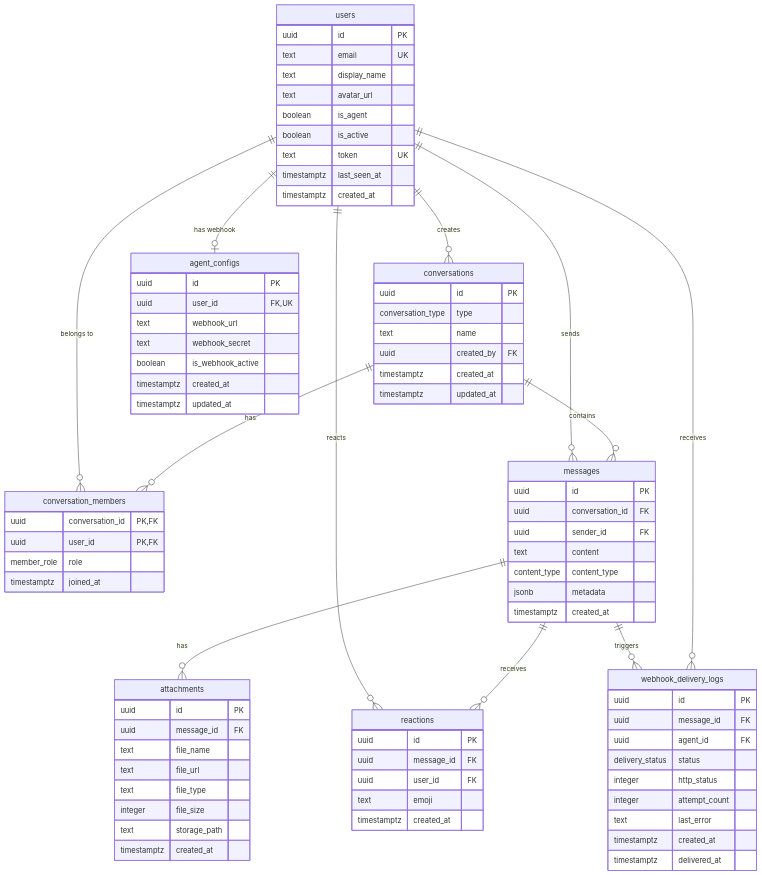
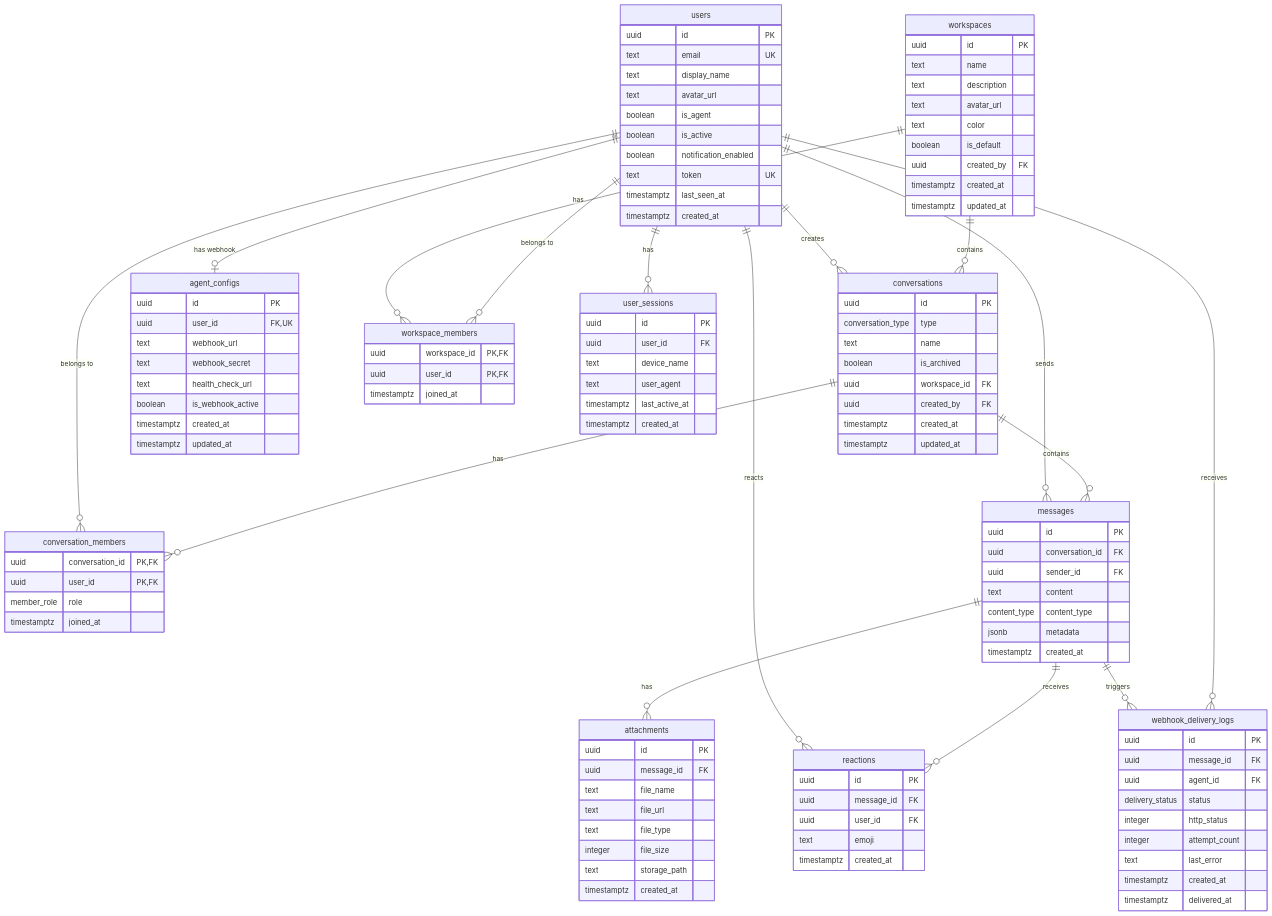
The diagram in docs/DB_DESIGN.md (phucsystem/agent-playground), drawn with Mermaid before and after one commit. The commit also changed other lines of this file and 66 other files, not shown here.

````diff
--- a/docs/DB_DESIGN.md
+++ b/docs/DB_DESIGN.md
@@ -24,6 +24,7 @@
         text avatar_url
         boolean is_agent
         boolean is_active
+        boolean notification_enabled
         text token UK
         timestamptz last_seen_at
         timestamptz created_at
@@ -33,6 +34,8 @@
         uuid id PK
         conversation_type type
         text name
+        boolean is_archived
+        uuid workspace_id FK
         uuid created_by FK
         timestamptz created_at
         timestamptz updated_at
@@ -79,6 +82,7 @@
         uuid user_id FK,UK
         text webhook_url
         text webhook_secret
+        text health_check_url
         boolean is_webhook_active
         timestamptz created_at
         timestamptz updated_at
@@ -99,4 +103,35 @@
     users ||--o| agent_configs : "has webhook"
     messages ||--o{ webhook_delivery_logs : "triggers"
     users ||--o{ webhook_delivery_logs : "receives"
+    workspaces ||--o{ workspace_members : "has"
+    users ||--o{ workspace_members : "belongs to"
+    workspaces ||--o{ conversations : "contains"
+    users ||--o{ user_sessions : "has"
+
+    workspaces {
+        uuid id PK
+        text name
+        text description
+        text avatar_url
+        text color
+        boolean is_default
+        uuid created_by FK
+        timestamptz created_at
+        timestamptz updated_at
+    }
+
+    workspace_members {
+        uuid workspace_id PK,FK
+        uuid user_id PK,FK
+        timestamptz joined_at
+    }
+
+    user_sessions {
+        uuid id PK
+        uuid user_id FK
+        text device_name
+        text user_agent
+        timestamptz last_active_at
+        timestamptz created_at
+    }
 ```
````
